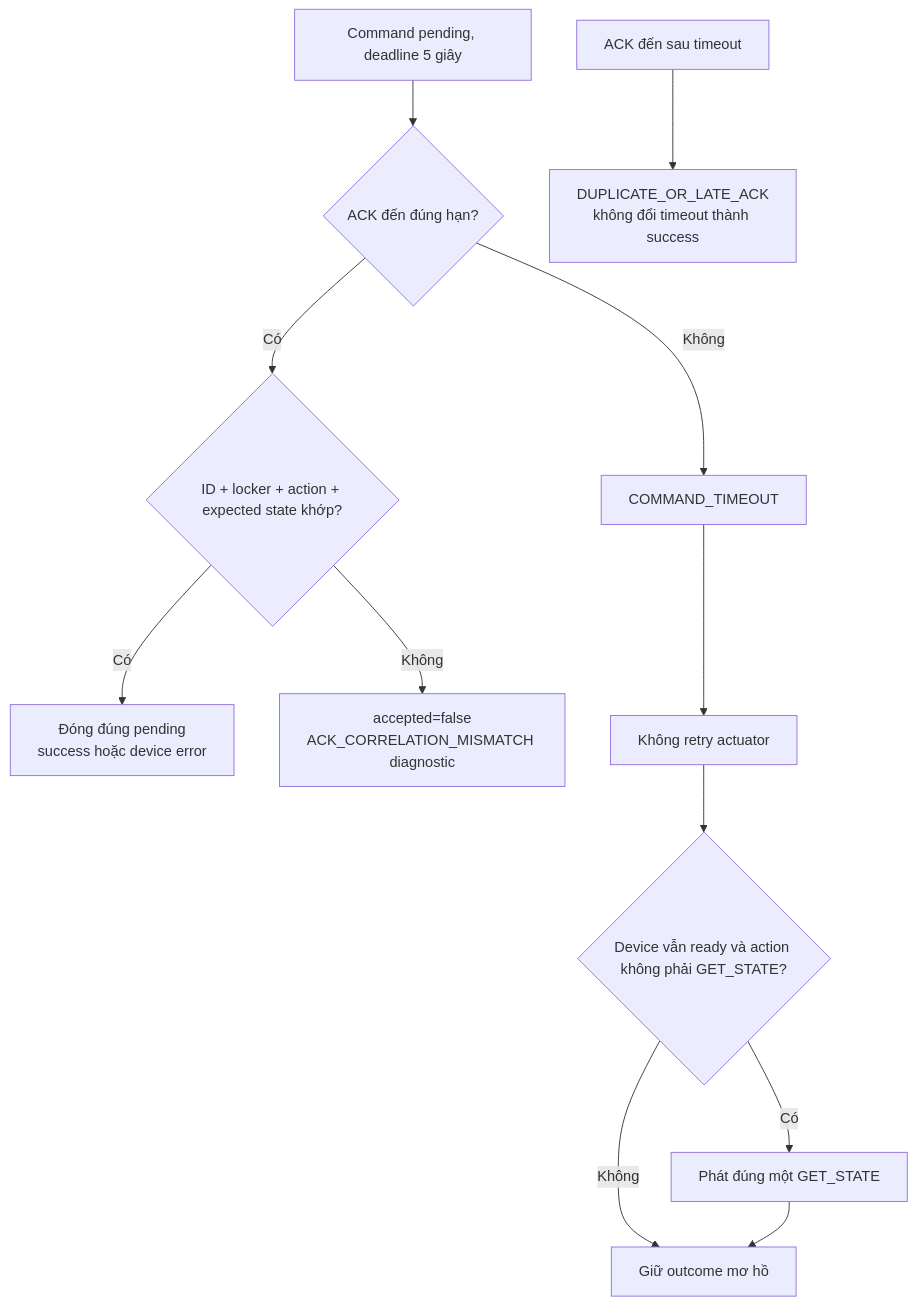
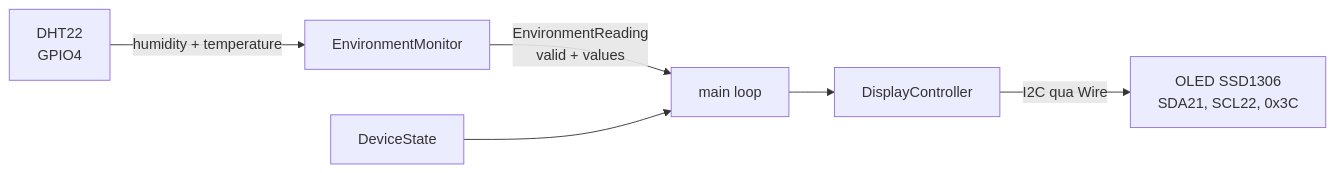
One commit to ThaiQuangHuy2906/smart-privacy-locker changed diagram 13 of 28 in ON_TAP_VAN_DAP_CHI_TIET.md. Above: the diagram before and after it, drawn with Mermaid. The commit also changed other lines of this file and 25 other files, not shown here.

````diff
--- a/ON_TAP_VAN_DAP_CHI_TIET.md
+++ b/ON_TAP_VAN_DAP_CHI_TIET.md
@@ -1092,14 +1371,8 @@
 ```mermaid
-flowchart TD
-    A["Command pending, deadline 5 giây"] --> B{"ACK đến đúng hạn?"}
-    B -->|"Có"| C{"ID + locker + action + expected state khớp?"}
-    C -->|"Có"| D["Đóng đúng pending<br/>success hoặc device error"]
-    C -->|"Không"| E["accepted=false<br/>ACK_CORRELATION_MISMATCH diagnostic"]
-    B -->|"Không"| F["COMMAND_TIMEOUT"]
-    F --> G["Không retry actuator"]
-    G --> H{"Device vẫn ready và action không phải GET_STATE?"}
-    H -->|"Có"| I["Phát đúng một GET_STATE"]
-    H -->|"Không"| J["Giữ outcome mơ hồ"]
-    I --> J
-    K["ACK đến sau timeout"] --> L["DUPLICATE_OR_LATE_ACK<br/>không đổi timeout thành success"]
+flowchart LR
+    D["DHT22<br/>GPIO4"] -->|"humidity + temperature"| E["EnvironmentMonitor"]
+    E -->|"EnvironmentReading<br/>valid + values"| M["main loop"]
+    S["DeviceState"] --> M
+    M --> C["DisplayController"]
+    C -->|"I2C qua Wire"| O["OLED SSD1306<br/>SDA21, SCL22, 0x3C"]
 ```
````
